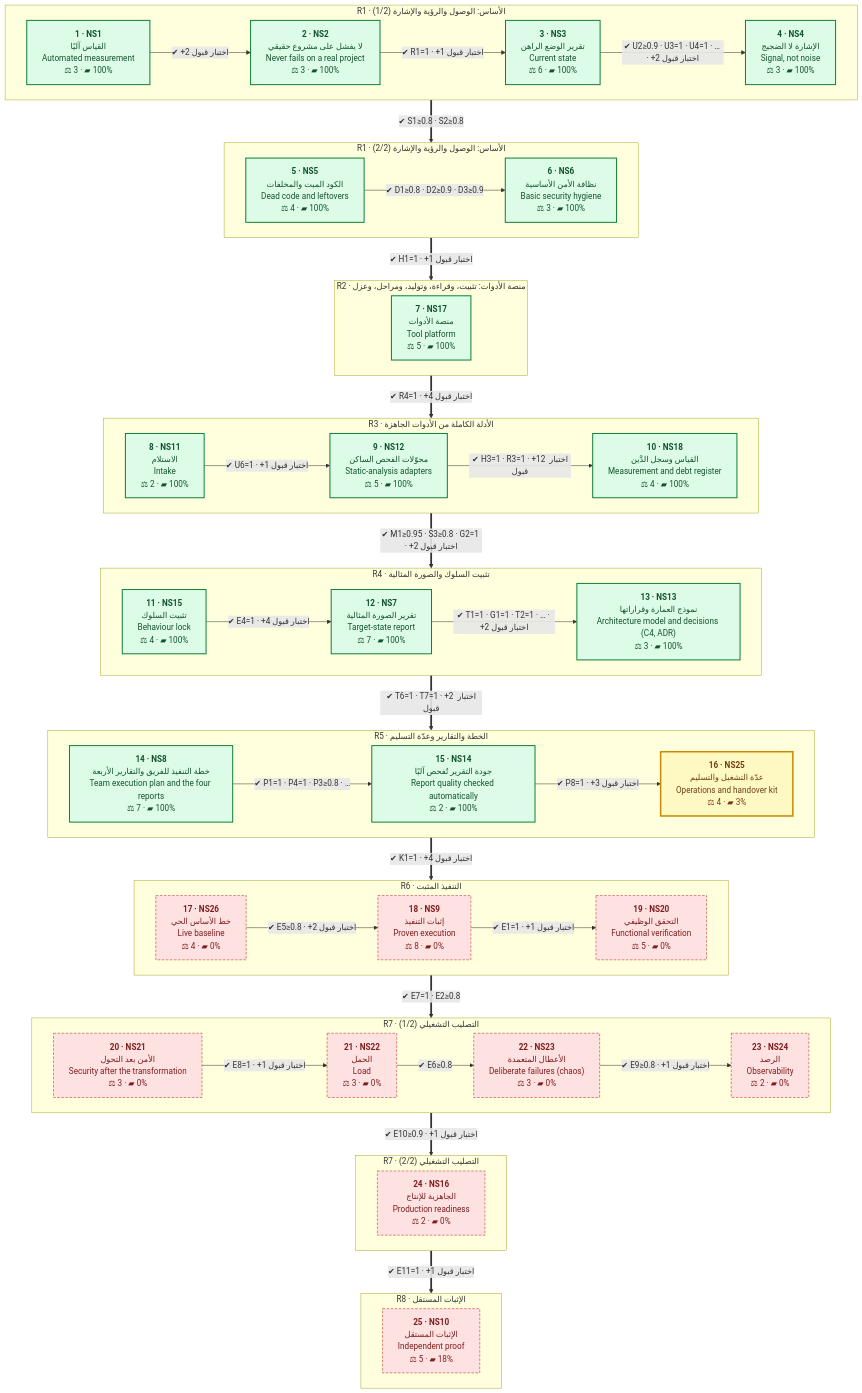
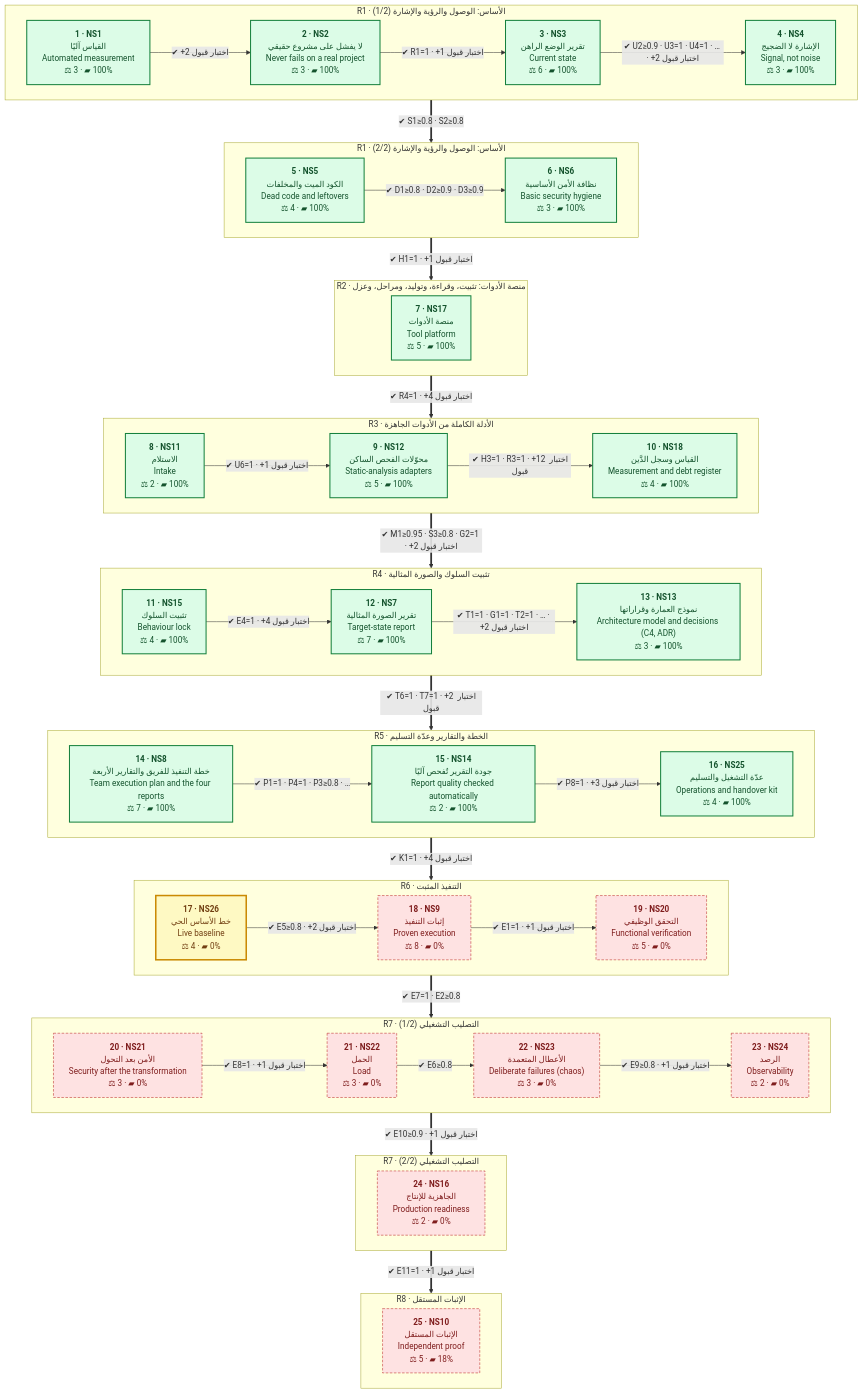
The second of 2 diagrams in README.md (eom1417/engineering-audit-os), drawn with Mermaid before and after one commit. The commit also changed other lines of this file and 26 other files, not shown here.

```diff
--- a/README.md
+++ b/README.md
@@ -257,13 +257,13 @@
         direction LR
         NS8["<b>14 · NS8</b><br/>خطة التنفيذ للفريق والتقارير الأربعة<br/>Team execution plan and the four reports<br/>⚖ 7 · ▰ 100%"]:::done
         NS14["<b>15 · NS14</b><br/>جودة التقرير تُفحص آليًا<br/>Report quality checked automatically<br/>⚖ 2 · ▰ 100%"]:::done
-        NS25["<b>16 · NS25</b><br/>عدّة التشغيل والتسليم<br/>Operations and handover kit<br/>⚖ 4 · ▰ 3%"]:::current
+        NS25["<b>16 · NS25</b><br/>عدّة التشغيل والتسليم<br/>Operations and handover kit<br/>⚖ 4 · ▰ 100%"]:::done
         NS8 -->|"✔ P1=1 · P4=1 · P3≥0.8 · …"| NS14
         NS14 -->|"✔ P8=1 · +3 اختبار قبول"| NS25
     end
     subgraph R6_1["R6 · التنفيذ المثبت"]
         direction LR
-        NS26["<b>17 · NS26</b><br/>خط الأساس الحي<br/>Live baseline<br/>⚖ 4 · ▰ 0%"]:::owner
+        NS26["<b>17 · NS26</b><br/>خط الأساس الحي<br/>Live baseline<br/>⚖ 4 · ▰ 0%"]:::current
         NS9["<b>18 · NS9</b><br/>إثبات التنفيذ<br/>Proven execution<br/>⚖ 8 · ▰ 0%"]:::owner
         NS20["<b>19 · NS20</b><br/>التحقق الوظيفي<br/>Functional verification<br/>⚖ 5 · ▰ 0%"]:::owner
         NS26 -->|"✔ E5≥0.8 · +2 اختبار قبول"| NS9
```
